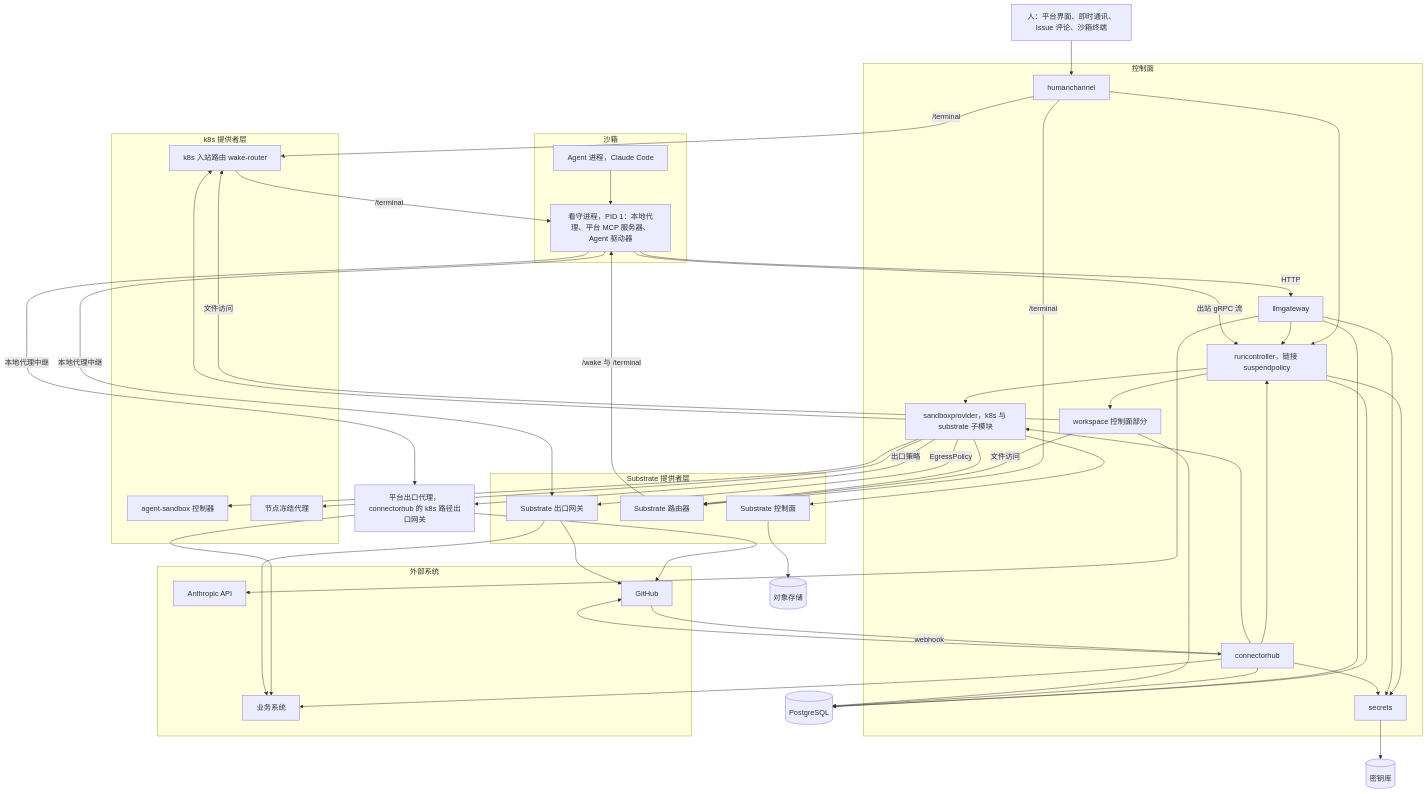
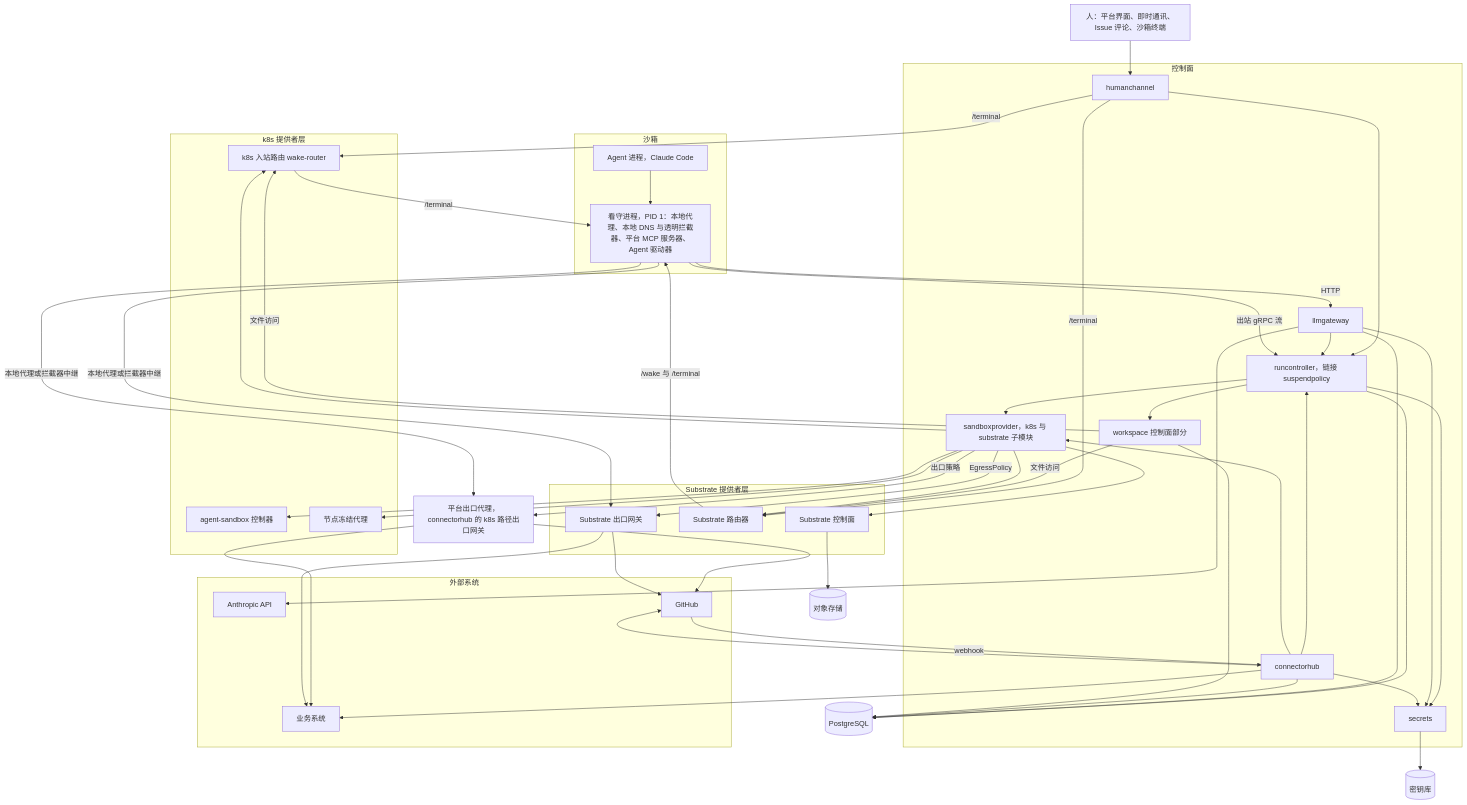
Before and after one commit to wangzw/castworks: the third of 8 diagrams in docs/design/architecture.md, drawn with Mermaid. The commit also changed other lines of this file and 20 other files, not shown here.

````diff
--- a/docs/design/architecture.md
+++ b/docs/design/architecture.md
@@ -149,78 +149,78 @@
 ```mermaid
 graph TD
     humans["人：平台界面、即时通讯、Issue 评论、沙箱终端"]
     subgraph cp["控制面"]
         rc["runcontroller，链接 suspendpolicy"]
         gw["llmgateway"]
         hub["connectorhub"]
         hc["humanchannel"]
         sec["secrets"]
         ws["workspace 控制面部分"]
         sp["sandboxprovider，k8s 与 substrate 子模块"]
     end
     pg[("PostgreSQL")]
     vault[("密钥库")]
     obj[("对象存储")]
     eproxy["平台出口代理，connectorhub 的 k8s 路径出口网关"]
     subgraph k8sp["k8s 提供者层"]
         asc["agent-sandbox 控制器"]
         nfa["节点冻结代理"]
         k8srouter["k8s 入站路由 wake-router"]
     end
     subgraph subp["Substrate 提供者层"]
         scp["Substrate 控制面"]
         router["Substrate 路由器"]
         egw["Substrate 出口网关"]
     end
     subgraph sb["沙箱"]
-        warden["看守进程，PID 1：本地代理、平台 MCP 服务器、Agent 驱动器"]
+        warden["看守进程，PID 1：本地代理、本地 DNS 与透明拦截器、平台 MCP 服务器、Agent 驱动器"]
         agent["Agent 进程，Claude Code"]
     end
     subgraph ext["外部系统"]
         anthropic["Anthropic API"]
         github["GitHub"]
         biz["业务系统"]
     end
     humans --> hc
     hc -->|"/terminal"| k8srouter
     hc -->|"/terminal"| router
     ws -->|"文件访问"| k8srouter
     ws -->|"文件访问"| router
     hc --> rc
     gw --> rc
     hub --> rc
     rc --> sp
     rc --> ws
     rc --> sec
     hub --> sp
     gw --> sec
     hub --> sec
     rc --> pg
     gw --> pg
     hub --> pg
     ws --> pg
     sec --> vault
     sp --> asc
     sp --> nfa
     sp --> k8srouter
     sp -->|"出口策略"| eproxy
     sp --> scp
     sp --> router
     sp -->|"EgressPolicy"| egw
     scp --> obj
     warden -->|"出站 gRPC 流"| rc
     router -->|"/wake 与 /terminal"| warden
     k8srouter -->|"/terminal"| warden
     agent --> warden
     warden -->|"HTTP"| gw
     gw --> anthropic
-    warden -->|"本地代理中继"| eproxy
-    warden -->|"本地代理中继"| egw
+    warden -->|"本地代理或拦截器中继"| eproxy
+    warden -->|"本地代理或拦截器中继"| egw
     eproxy --> github
     eproxy --> biz
     egw --> github
     egw --> biz
     github -->|"webhook"| hub
     hub --> github
     hub --> biz
 ```
````
